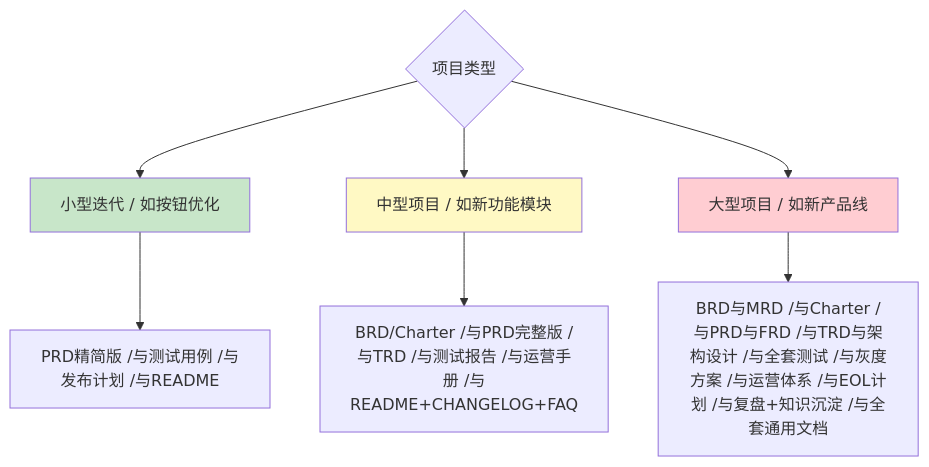
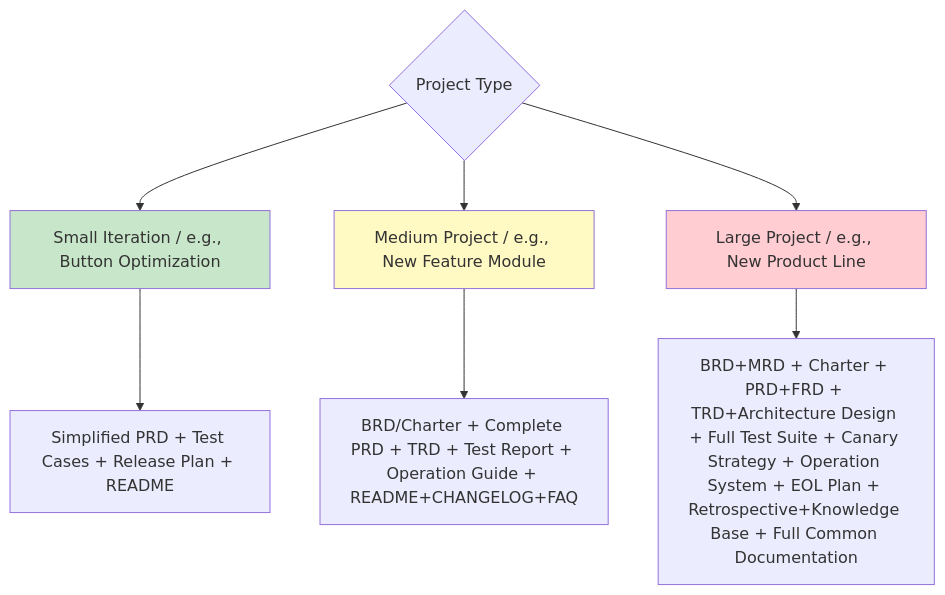
One commit to Kirky-X/cangjie changed the third of 4 diagrams in templates/产品/README.md. Above: the diagram before and after it, drawn with Mermaid. The commit also changed other lines of this file and 60 other files, not shown here.

````diff
--- a/templates/产品/README.md
+++ b/templates/产品/README.md
@@ -424,16 +420,16 @@
 ```mermaid
 flowchart TD
-    A{项目类型} --> B[小型迭代 / 如按钮优化]
-    A --> C[中型项目 / 如新功能模块]
-    A --> D[大型项目 / 如新产品线]
+    A{Project Type} --> B[Small Iteration / e.g., Button Optimization]
+    A --> C[Medium Project / e.g., New Feature Module]
+    A --> D[Large Project / e.g., New Product Line]
 
-    B --> B1[PRD精简版 /与测试用例 /与发布计划 /与README]
+    B --> B1[Simplified PRD + Test Cases + Release Plan + README]
 
-    C --> C1[BRD/Charter /与PRD完整版 /与TRD /与测试报告 /与运营手册 /与README+CHANGELOG+FAQ]
+    C --> C1[BRD/Charter + Complete PRD + TRD + Test Report + Operation Guide + README+CHANGELOG+FAQ]
 
-    D --> D1[BRD与MRD /与Charter /与PRD与FRD /与TRD与架构设计 /与全套测试 /与灰度方案 /与运营体系 /与EOL计划 /与复盘+知识沉淀 /与全套通用文档]
+    D --> D1[BRD+MRD + Charter + PRD+FRD + TRD+Architecture Design + Full Test Suite + Canary Strategy + Operation System + EOL Plan + Retrospective+Knowledge Base + Full Common Documentation]
 
     style B fill:#c8e6c9
     style C fill:#fff9c4
     style D fill:#ffcdd2
 ```
````
